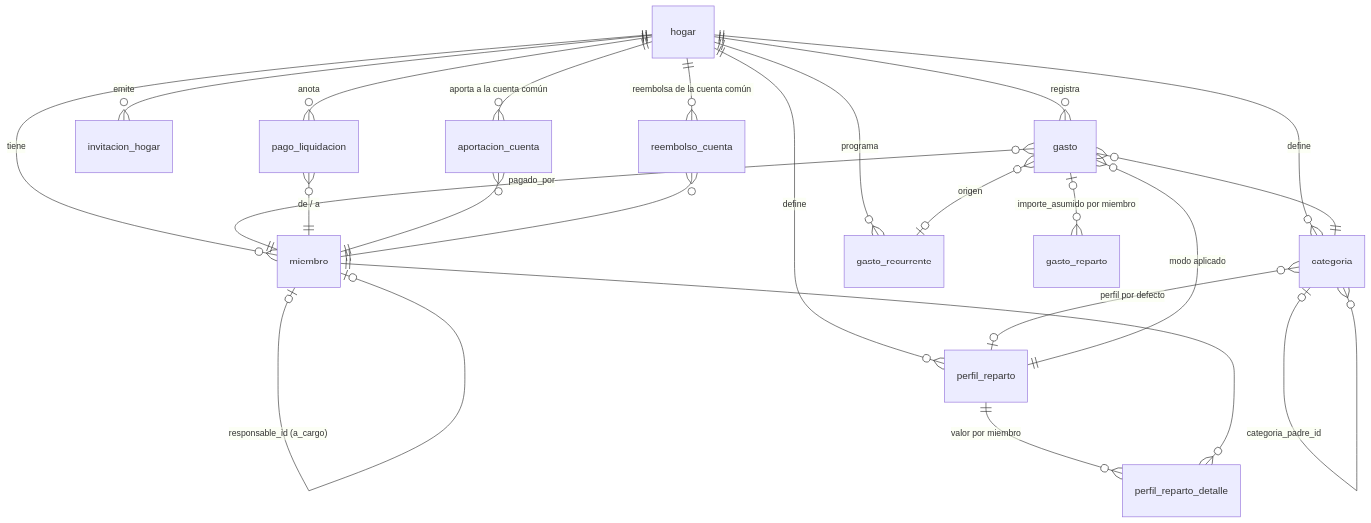
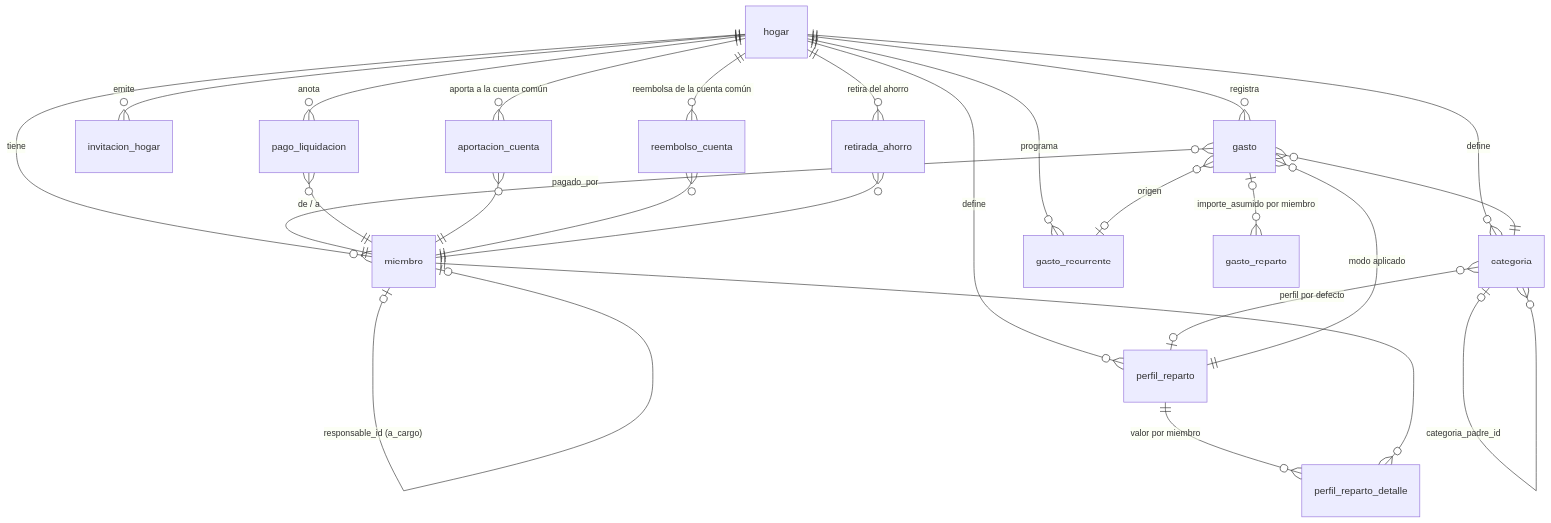
One commit to mallenera/miparte changed the diagram in docs/modelo-de-datos.md. Above: the diagram before and after it, drawn with Mermaid. The commit also changed other lines of this file and 18 other files, not shown here.

````diff
--- a/docs/modelo-de-datos.md
+++ b/docs/modelo-de-datos.md
@@ -7,25 +7,27 @@
 ```mermaid
 erDiagram
     hogar ||--o{ miembro : tiene
     hogar ||--o{ perfil_reparto : define
     hogar ||--o{ categoria : define
     hogar ||--o{ gasto : registra
     hogar ||--o{ gasto_recurrente : programa
     hogar ||--o{ invitacion_hogar : emite
     hogar ||--o{ pago_liquidacion : anota
     hogar ||--o{ aportacion_cuenta : "aporta a la cuenta común"
     hogar ||--o{ reembolso_cuenta : "reembolsa de la cuenta común"
+    hogar ||--o{ retirada_ahorro : "retira del ahorro"
     miembro |o--o| miembro : "responsable_id (a_cargo)"
     perfil_reparto ||--o{ perfil_reparto_detalle : "valor por miembro"
     miembro ||--o{ perfil_reparto_detalle : ""
     categoria |o--o{ categoria : "categoria_padre_id"
     categoria }o--o| perfil_reparto : "perfil por defecto"
     gasto }o--|| categoria : ""
     gasto }o--|| miembro : "pagado_por"
     gasto }o--|| perfil_reparto : "modo aplicado"
     gasto |o--o{ gasto_reparto : "importe_asumido por miembro"
     gasto }o--o| gasto_recurrente : "origen"
     pago_liquidacion }o--|| miembro : "de / a"
     aportacion_cuenta }o--|| miembro : ""
     reembolso_cuenta }o--|| miembro : ""
+    retirada_ahorro }o--|| miembro : ""
 ```
````
